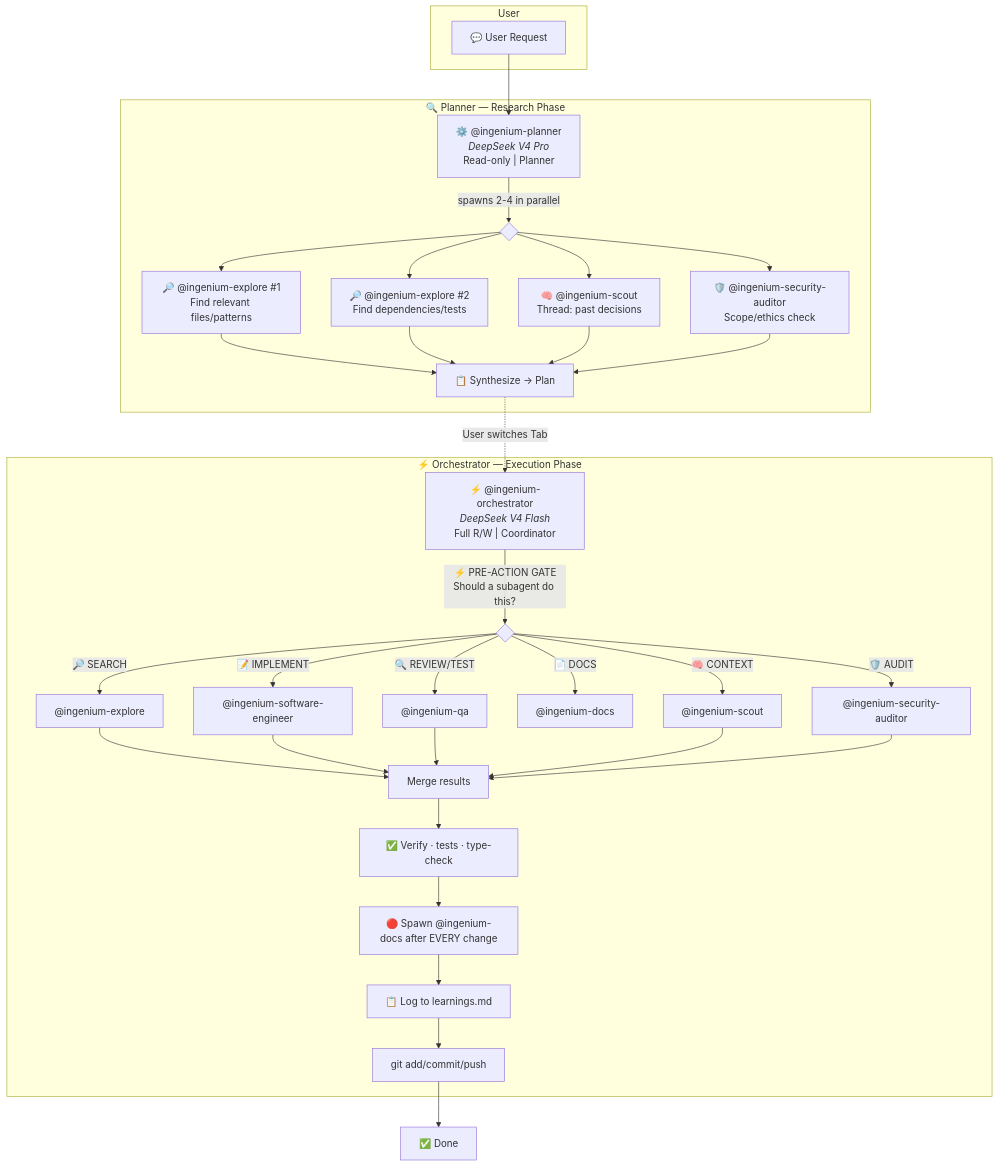
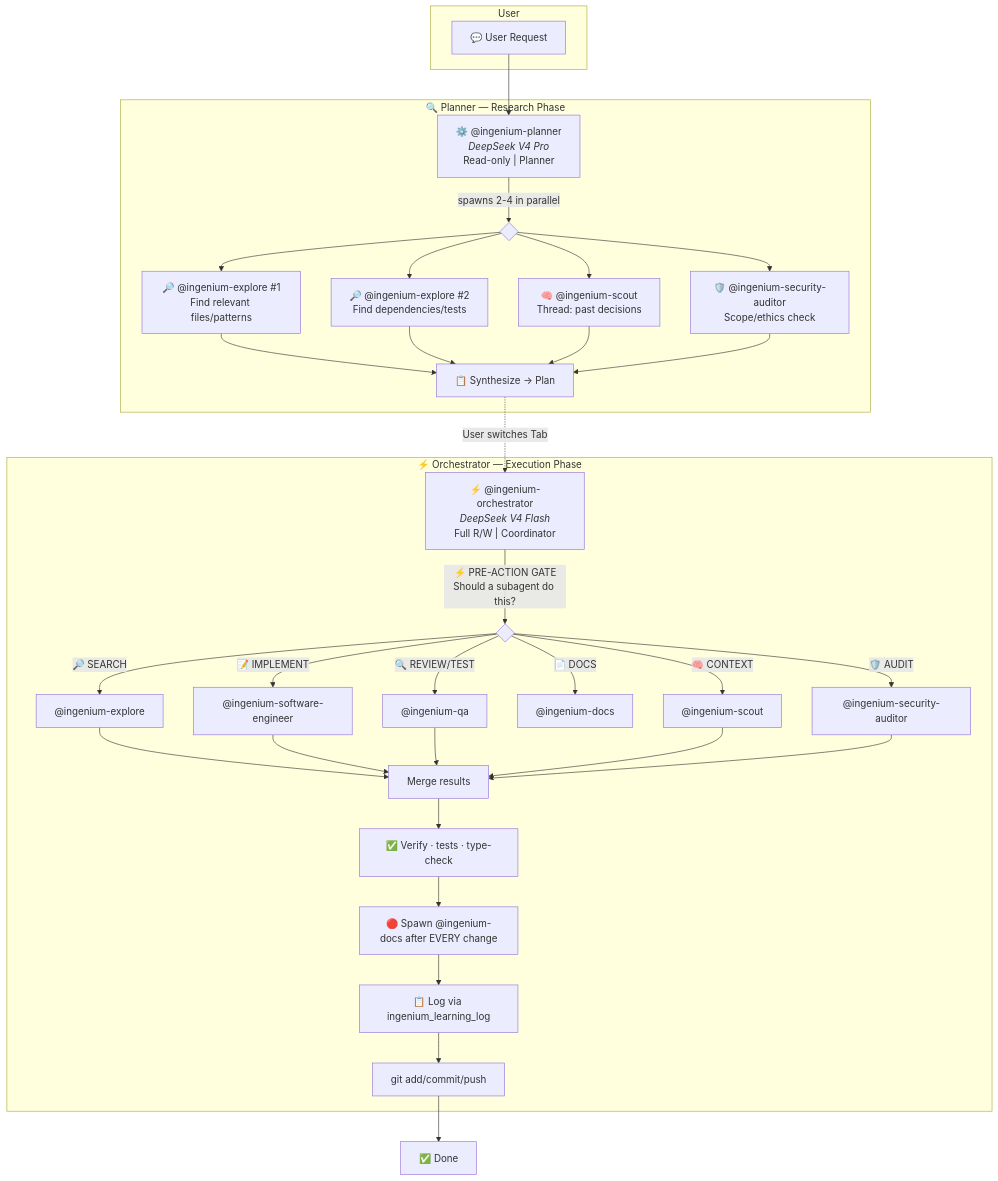
The first of 4 diagrams in docs/agents.md (jtmb/ingenium), drawn with Mermaid before and after one commit. The commit also changed other lines of this file and 272 other files, not shown here.

````diff
--- a/docs/agents.md
+++ b/docs/agents.md
@@ -7,45 +7,45 @@
 ```mermaid
 flowchart TB
     subgraph User
         REQ["💬 User Request"]
     end
 
     REQ --> P["⚙️ @ingenium-planner<br/><i>DeepSeek V4 Pro</i><br/>Read-only | Planner"]
 
     subgraph Planner["🔍 Planner — Research Phase"]
         P -->|"spawns 2-4 in parallel"| PARALLEL{ }
         PARALLEL --> EXP1["🔎 @ingenium-explore #1<br/>Find relevant files/patterns"]
         PARALLEL --> EXP2["🔎 @ingenium-explore #2<br/>Find dependencies/tests"]
         PARALLEL --> SCT["🧠 @ingenium-scout<br/>Thread: past decisions"]
         PARALLEL --> SA["🛡️ @ingenium-security-auditor<br/>Scope/ethics check"]
         EXP1 --> SYNTH["📋 Synthesize → Plan"]
         EXP2 --> SYNTH
         SCT --> SYNTH
         SA --> SYNTH
     end
 
     SYNTH -.->|"User switches Tab"| O
 
     O["⚡ @ingenium-orchestrator<br/><i>DeepSeek V4 Flash</i><br/>Full R/W | Coordinator"]
 
     subgraph Orchestrator["⚡ Orchestrator — Execution Phase"]
         O -->|"⚡ PRE-ACTION GATE<br/>Should a subagent do this?"| GATE{ }
         GATE -->|"🔎 SEARCH"| EXP["@ingenium-explore"]
         GATE -->|"📝 IMPLEMENT"| SE["@ingenium-software-engineer"]
         GATE -->|"🔍 REVIEW/TEST"| QA["@ingenium-qa"]
         GATE -->|"📄 DOCS"| DOCS["@ingenium-docs"]
         GATE -->|"🛡️ AUDIT"| AUDITOR["@ingenium-security-auditor"]
         GATE -->|"🧠 CONTEXT"| SCOUT["@ingenium-scout"]
         EXP --> MERGE["Merge results"]
         SE --> MERGE
         QA --> MERGE
         SCOUT --> MERGE
         AUDITOR --> MERGE
         MERGE --> VERIFY["✅ Verify · tests · type-check"]
         VERIFY --> DOC["🔴 Spawn @ingenium-docs after EVERY change"]
-        DOC --> LEARN["📋 Log to learnings.md"]
+        DOC --> LEARN["📋 Log via ingenium_learning_log"]
         LEARN --> COMMIT["git add/commit/push"]
     end
 
     COMMIT --> DONE["✅ Done"]
 ```
````
